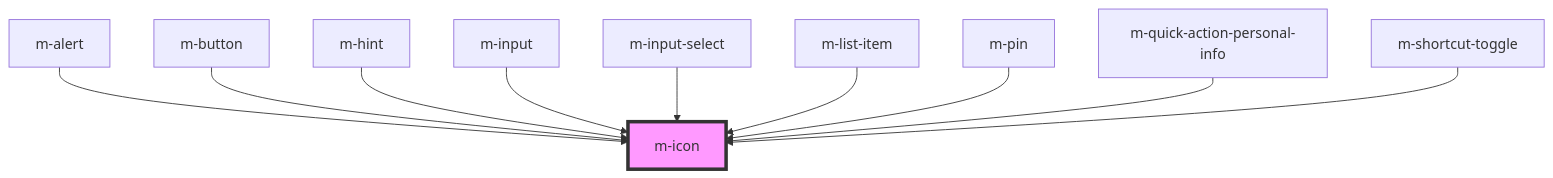
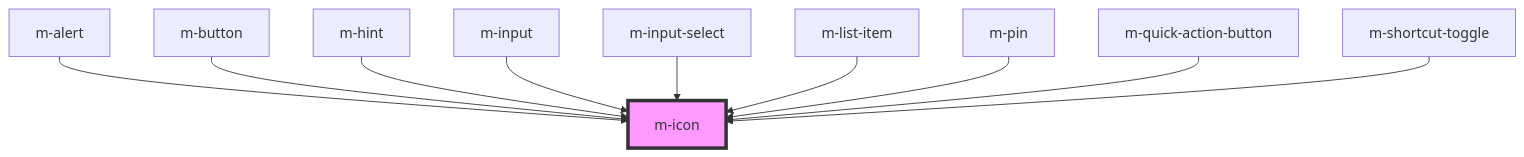
Before and after one commit to dynamic-framework/dynamic-ui: the diagram in libraries/modyo-design-system/src/components/m-icon/readme.md, drawn with Mermaid. The commit also changed other lines of this file and 32 other files, not shown here.

Commit message:
feat: m-quick-action homologation

````diff
--- a/libraries/modyo-design-system/src/components/m-icon/readme.md
+++ b/libraries/modyo-design-system/src/components/m-icon/readme.md
@@ -40,13 +40,13 @@
 ```mermaid
 graph TD;
   m-alert --> m-icon
   m-button --> m-icon
   m-hint --> m-icon
   m-input --> m-icon
   m-input-select --> m-icon
   m-list-item --> m-icon
   m-pin --> m-icon
-  m-quick-action-personal-info --> m-icon
+  m-quick-action-button --> m-icon
   m-shortcut-toggle --> m-icon
   style m-icon fill:#f9f,stroke:#333,stroke-width:4px
 ```
````
